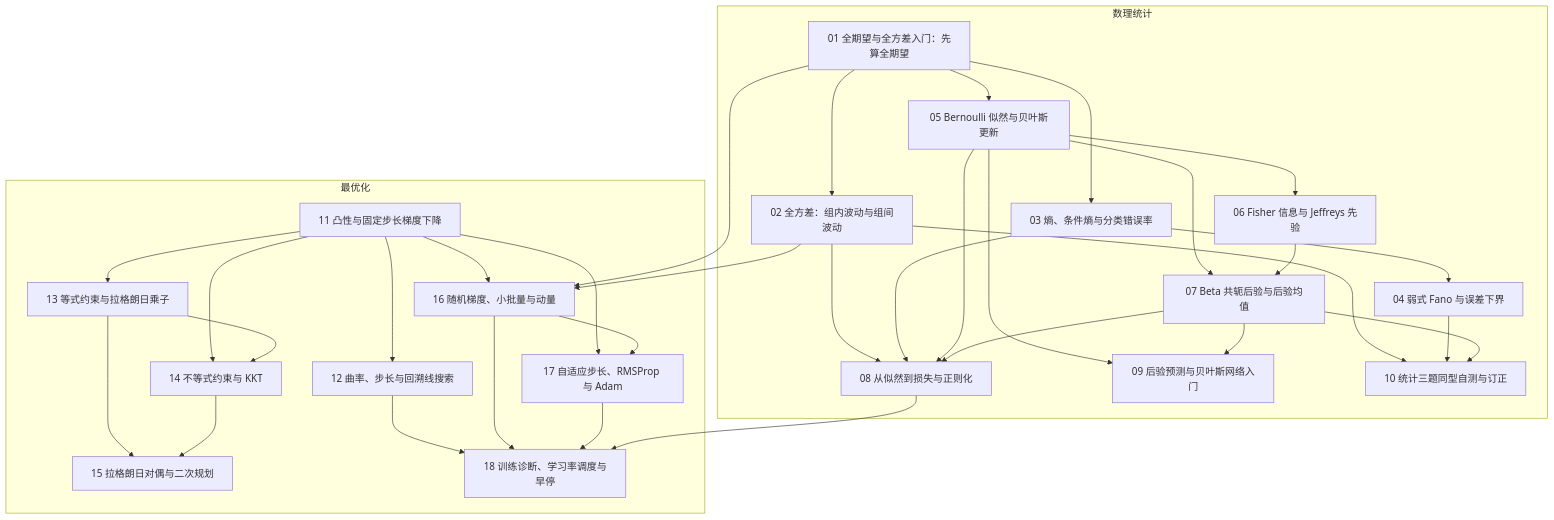
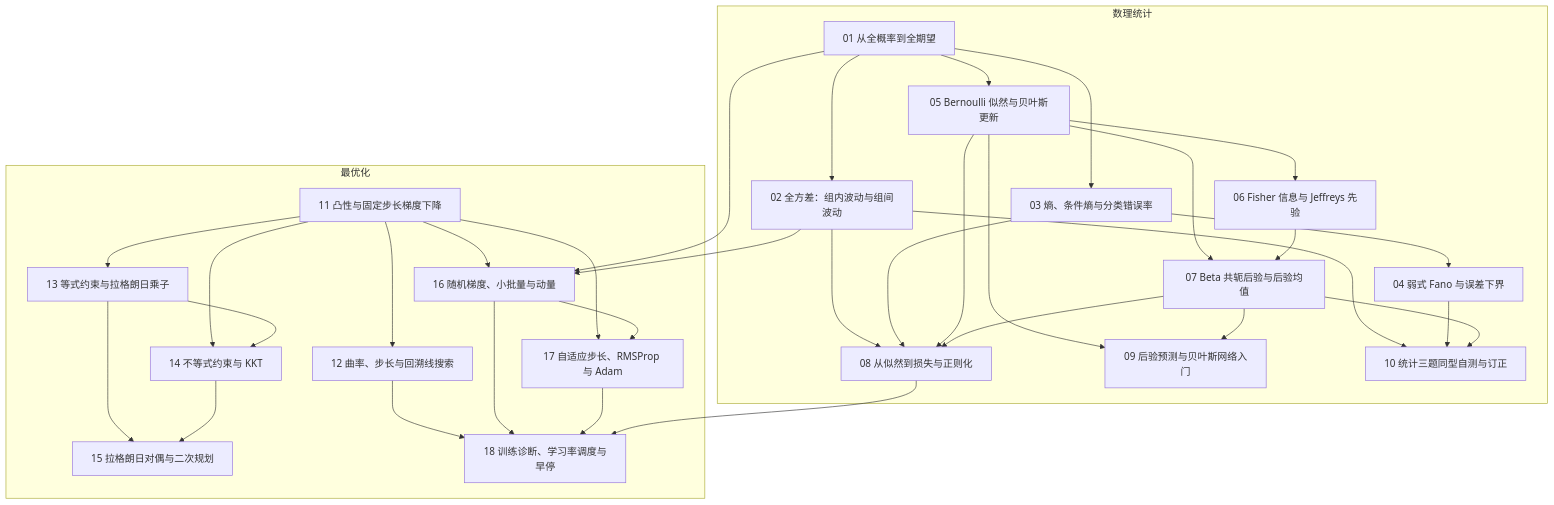
Before and after one commit to gujunyang/Math: the diagram in math-tutor-os/学习内容/02_知识图谱/知识图谱.md, drawn with Mermaid. The commit also changed 38 other files, not shown here.

````diff
--- a/math-tutor-os/学习内容/02_知识图谱/知识图谱.md
+++ b/math-tutor-os/学习内容/02_知识图谱/知识图谱.md
@@ -5,56 +5,56 @@
 ```mermaid
 flowchart TD
   subgraph stats["数理统计"]
-    L01["01 全期望与全方差入门：先算全期望"]
+    L01["01 从全概率到全期望"]
     L02["02 全方差：组内波动与组间波动"]
     L03["03 熵、条件熵与分类错误率"]
     L04["04 弱式 Fano 与误差下界"]
     L05["05 Bernoulli 似然与贝叶斯更新"]
     L06["06 Fisher 信息与 Jeffreys 先验"]
     L07["07 Beta 共轭后验与后验均值"]
     L08["08 从似然到损失与正则化"]
     L09["09 后验预测与贝叶斯网络入门"]
     L10["10 统计三题同型自测与订正"]
   end
   subgraph optim["最优化"]
     L11["11 凸性与固定步长梯度下降"]
     L12["12 曲率、步长与回溯线搜索"]
     L13["13 等式约束与拉格朗日乘子"]
     L14["14 不等式约束与 KKT"]
     L15["15 拉格朗日对偶与二次规划"]
     L16["16 随机梯度、小批量与动量"]
     L17["17 自适应步长、RMSProp 与 Adam"]
     L18["18 训练诊断、学习率调度与早停"]
   end
   L01 --> L02
   L01 --> L03
   L03 --> L04
   L01 --> L05
   L05 --> L06
   L05 --> L07
   L06 --> L07
   L02 --> L08
   L03 --> L08
   L05 --> L08
   L07 --> L08
   L05 --> L09
   L07 --> L09
   L02 --> L10
   L04 --> L10
   L07 --> L10
   L11 --> L12
   L11 --> L13
   L11 --> L14
   L13 --> L14
   L13 --> L15
   L14 --> L15
   L01 --> L16
   L02 --> L16
   L11 --> L16
   L11 --> L17
   L16 --> L17
   L12 --> L18
   L16 --> L18
   L17 --> L18
   L08 --> L18
 ```
````
